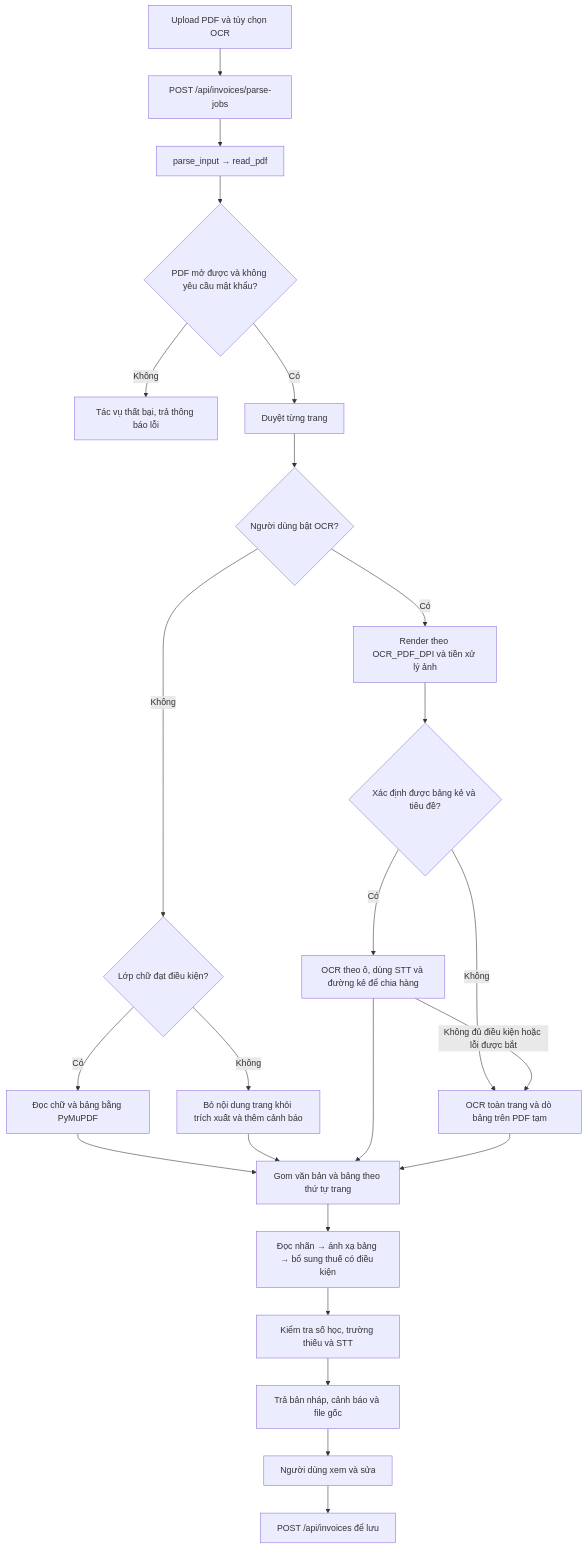
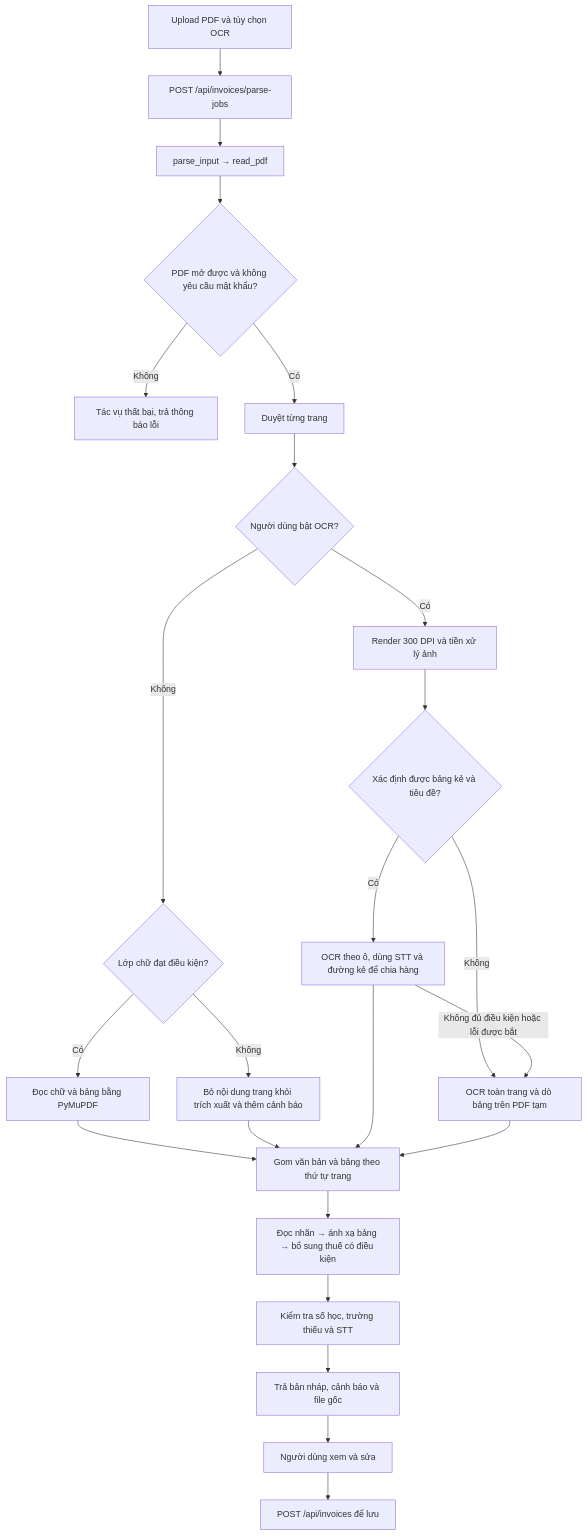
One commit to Strangerinhp/Receipt_reader changed the diagram in PDF_PROCESSING.md. Above: the diagram before and after it, drawn with Mermaid. The commit also changed other lines of this file and 13 other files, not shown here.

````diff
--- a/PDF_PROCESSING.md
+++ b/PDF_PROCESSING.md
@@ -23,26 +23,26 @@
 ```mermaid
 flowchart TD
     A[Upload PDF và tùy chọn OCR] --> B[POST /api/invoices/parse-jobs]
     B --> C[parse_input → read_pdf]
     C --> D{PDF mở được và không yêu cầu mật khẩu?}
     D -- Không --> E[Tác vụ thất bại, trả thông báo lỗi]
     D -- Có --> F[Duyệt từng trang]
     F --> I{Người dùng bật OCR?}
     I -- Không --> G{Lớp chữ đạt điều kiện?}
     G -- Có --> H[Đọc chữ và bảng bằng PyMuPDF]
     G -- Không --> J[Bỏ nội dung trang khỏi trích xuất và thêm cảnh báo]
-    I -- Có --> K[Render theo OCR_PDF_DPI và tiền xử lý ảnh]
+    I -- Có --> K[Render 300 DPI và tiền xử lý ảnh]
     K --> L{Xác định được bảng kẻ và tiêu đề?}
     L -- Có --> M[OCR theo ô, dùng STT và đường kẻ để chia hàng]
     L -- Không --> N[OCR toàn trang và dò bảng trên PDF tạm]
     M -- Không đủ điều kiện hoặc lỗi được bắt --> N
     H --> O[Gom văn bản và bảng theo thứ tự trang]
     J --> O
     M --> O
     N --> O
     O --> P[Đọc nhãn → ánh xạ bảng → bổ sung thuế có điều kiện]
     P --> Q[Kiểm tra số học, trường thiếu và STT]
     Q --> R[Trả bản nháp, cảnh báo và file gốc]
     R --> S[Người dùng xem và sửa]
     S --> T[POST /api/invoices để lưu]
 ```
````
